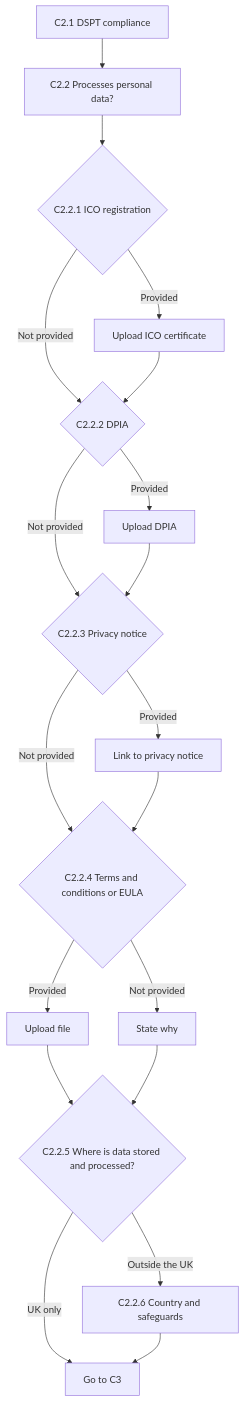
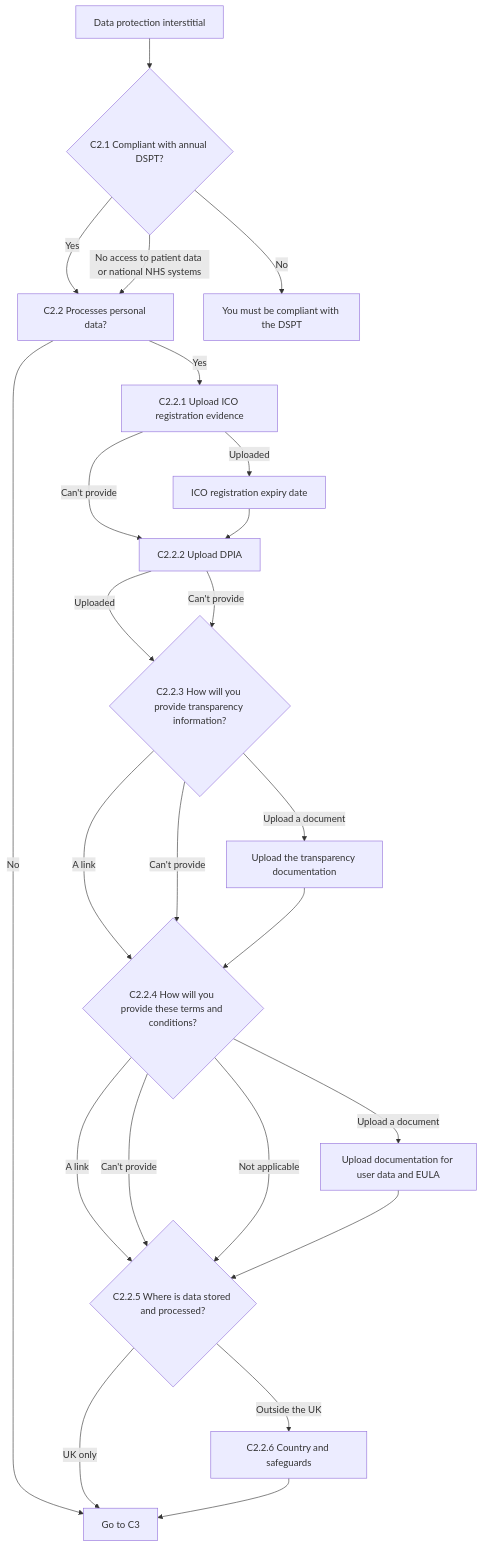
One commit to ataylanez/HealthStore-beta-Ezgi changed the eighth of 13 diagrams in docs/SUPPLIER_PORTAL_FLOWS.md. Above: the diagram before and after it, drawn with Mermaid. The commit also changed other lines of this file and 76 other files, not shown here.

First line of the commit message:
Let product onboarding accept several files or a can't-provide answer, and show products that are visible but not available to commission.

````diff
--- a/docs/SUPPLIER_PORTAL_FLOWS.md
+++ b/docs/SUPPLIER_PORTAL_FLOWS.md
@@ -155,21 +204,27 @@
 ```mermaid
 flowchart TD
-  C21["C2.1 DSPT compliance"] --> C22["C2.2 Processes personal data?"]
-  C22 --> C221{"C2.2.1 ICO registration"}
-  C221 -->|Provided| C221up["Upload ICO certificate"]
-  C221 -->|Not provided| C222
-  C221up --> C222{"C2.2.2 DPIA"}
-  C222 -->|Provided| C222up["Upload DPIA"]
-  C222 -->|Not provided| C223
-  C222up --> C223{"C2.2.3 Privacy notice"}
-  C223 -->|Provided| C223link["Link to privacy notice"]
-  C223 -->|Not provided| C224
-  C223link --> C224{"C2.2.4 Terms and conditions or EULA"}
-  C224 -->|Provided| C224up["Upload file"]
-  C224 -->|Not provided| C224why["State why"]
-  C224up --> C225
-  C224why --> C225{"C2.2.5 Where is data stored and processed?"}
+  intro["Data protection interstitial"] --> C21{"C2.1 Compliant with annual DSPT?"}
+  C21 -->|Yes| C22["C2.2 Processes personal data?"]
+  C21 -->|No access to patient data or national NHS systems| C22
+  C21 -->|No| C21stop["You must be compliant with the DSPT"]
+  C22 -->|No| toC3
+  C22 -->|Yes| C221["C2.2.1 Upload ICO registration evidence"]
+  C221 -->|Uploaded| C221exp["ICO registration expiry date"]
+  C221 -->|Can't provide| C222
+  C221exp --> C222["C2.2.2 Upload DPIA"]
+  C222 -->|Uploaded| C223
+  C222 -->|Can't provide| C223
+  C223{"C2.2.3 How will you provide transparency information?"}
+  C223 -->|A link| C224
+  C223 -->|Upload a document| C223up["Upload the transparency documentation"]
+  C223 -->|Can't provide| C224
+  C223up --> C224{"C2.2.4 How will you provide these terms and conditions?"}
+  C224 -->|A link| C225
+  C224 -->|Upload a document| C224up["Upload documentation for user data and EULA"]
+  C224 -->|Can't provide| C225
+  C224 -->|Not applicable| C225
+  C224up --> C225{"C2.2.5 Where is data stored and processed?"}
   C225 -->|UK only| toC3[Go to C3]
   C225 -->|Outside the UK| C226["C2.2.6 Country and safeguards"]
   C226 --> toC3
 ```
````
